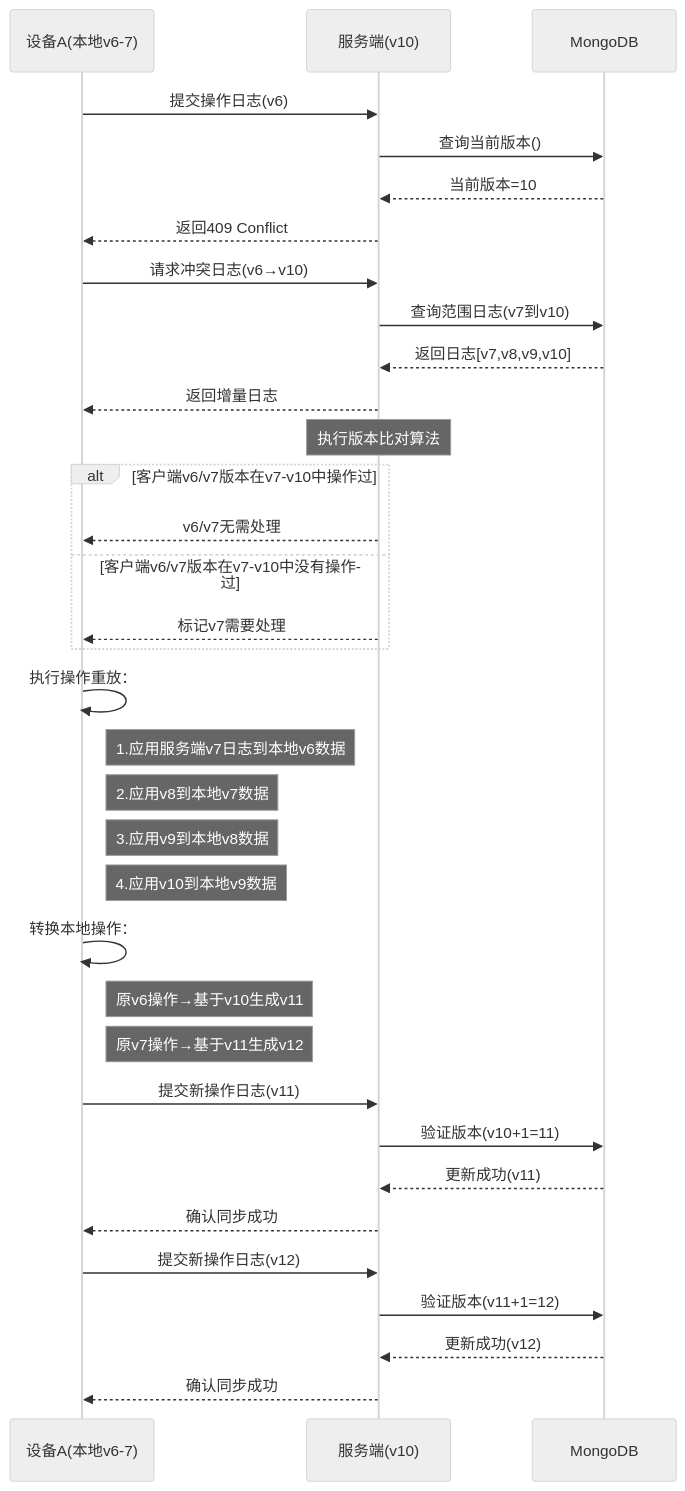
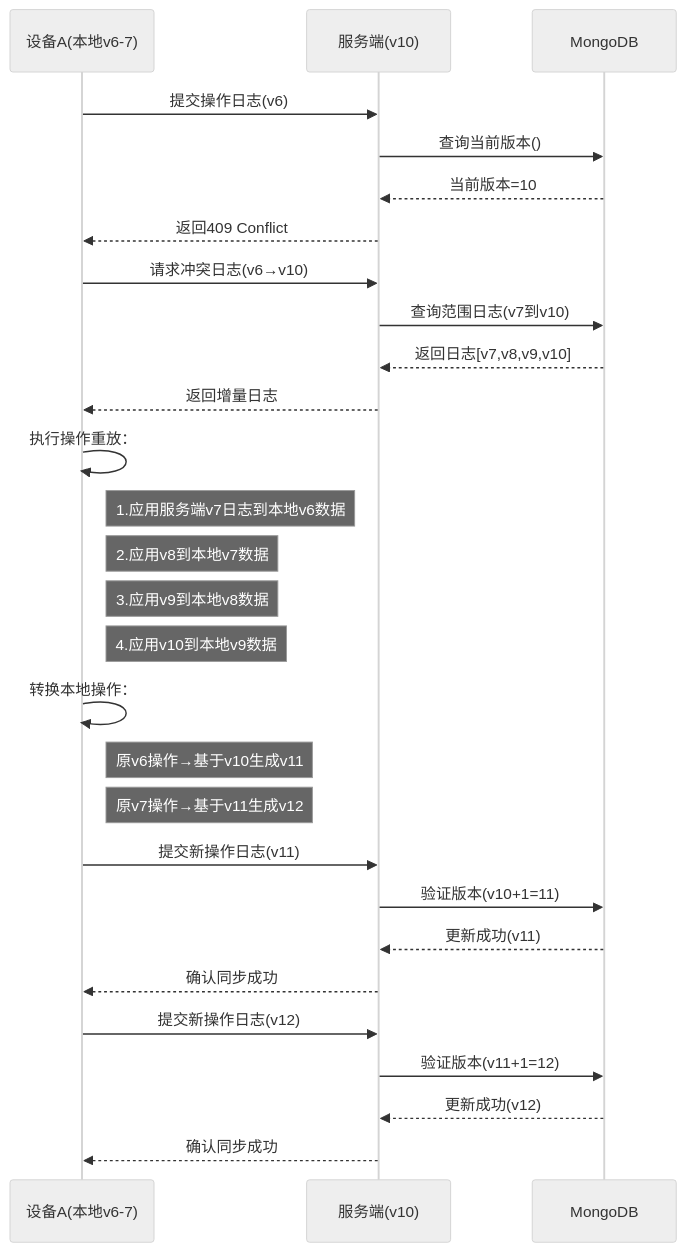
The diagram in all/未命名-26.md (yingjianzh/iodraw-files), drawn with Mermaid (neutral theme) before and after one commit.

Commit message:
2025-02-26 16:50:23 update

````diff
--- a/all/未命名-26.md
+++ b/all/未命名-26.md
@@ -1,49 +1,44 @@
 ```mermaid
 sequenceDiagram
     participant A as 设备A(本地v6-7)
     participant S as 服务端(v10)
     participant DB as MongoDB
 
     %% 初始同步尝试
     A->>S: 提交操作日志(v6)
     S->>DB: 查询当前版本()
     DB-->>S: 当前版本=10
     S-->>A: 返回409 Conflict
 
     %% 冲突解决阶段
     A->>S: 请求冲突日志(v6→v10)
     S->>DB: 查询范围日志(v7到v10)
     DB-->>S: 返回日志[v7,v8,v9,v10]
     S-->>A: 返回增量日志
 
 
-    Note over S: 执行版本比对算法
-    alt 客户端v6/v7版本在v7-v10中操作过
-        S-->>A: v6/v7无需处理
-    else 客户端v6/v7版本在v7-v10中没有操作过
-        S-->>A: 标记v7需要处理
-    end
+    
 
     %% 本地数据重建
     A->>A: 执行操作重放：
     note right of A: 1.应用服务端v7日志到本地v6数据
     note right of A: 2.应用v8到本地v7数据
     note right of A: 3.应用v9到本地v8数据
     note right of A: 4.应用v10到本地v9数据
 
     %% 本地操作转换
     A->>A: 转换本地操作：
     note right of A: 原v6操作→基于v10生成v11
     note right of A: 原v7操作→基于v11生成v12
 
     %% 重新提交
     A->>S: 提交新操作日志(v11)
     S->>DB: 验证版本(v10+1=11)
     DB-->>S: 更新成功(v11)
     S-->>A: 确认同步成功
 
     A->>S: 提交新操作日志(v12)
     S->>DB: 验证版本(v11+1=12)
     DB-->>S: 更新成功(v12)
     S-->>A: 确认同步成功
 ```
````
